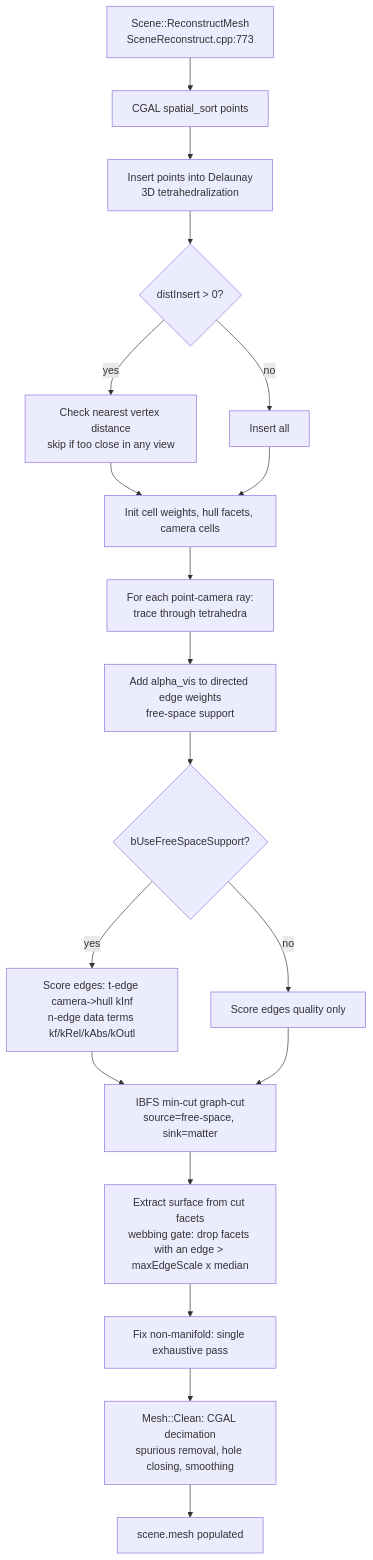
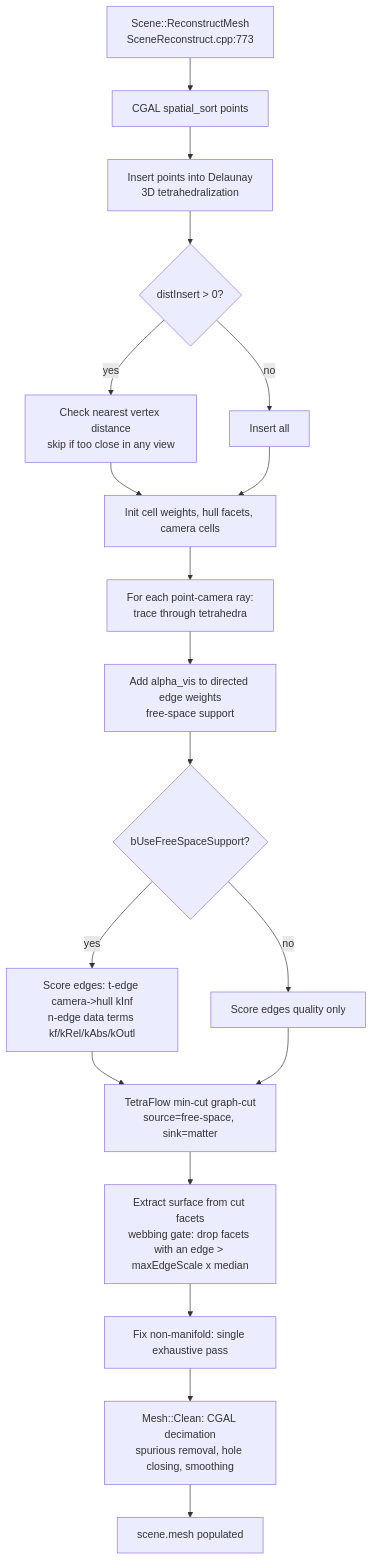
The seventh of 10 diagrams in docs/pipeline-traces.md (cdcseacave/openMVS), drawn with Mermaid before and after one commit. The commit also changed other lines of this file and 20 other files, not shown here.

````diff
--- a/docs/pipeline-traces.md
+++ b/docs/pipeline-traces.md
@@ -507,21 +507,21 @@
 ```mermaid
 graph TD
     A[Scene::ReconstructMesh<br/>SceneReconstruct.cpp:773] --> B[CGAL spatial_sort points]
     B --> C[Insert points into Delaunay<br/>3D tetrahedralization]
     C --> C1{distInsert > 0?}
     C1 -->|yes| C2[Check nearest vertex distance<br/>skip if too close in any view]
     C1 -->|no| C3[Insert all]
     C2 --> D
     C3 --> D[Init cell weights, hull facets, camera cells]
     D --> E[For each point-camera ray:<br/>trace through tetrahedra]
     E --> E1[Add alpha_vis to directed edge weights<br/>free-space support]
     E1 --> F{bUseFreeSpaceSupport?}
     F -->|yes| G[Score edges: t-edge camera->hull kInf<br/>n-edge data terms kf/kRel/kAbs/kOutl]
     F -->|no| H[Score edges quality only]
-    G --> I[IBFS min-cut graph-cut<br/>source=free-space, sink=matter]
+    G --> I[TetraFlow min-cut graph-cut<br/>source=free-space, sink=matter]
     H --> I
     I --> J[Extract surface from cut facets<br/>webbing gate: drop facets with an edge > maxEdgeScale x median]
     J --> K[Fix non-manifold: single exhaustive pass]
     K --> L[Mesh::Clean: CGAL decimation<br/>spurious removal, hole closing, smoothing]
     L --> M[scene.mesh populated]
 ```
````
